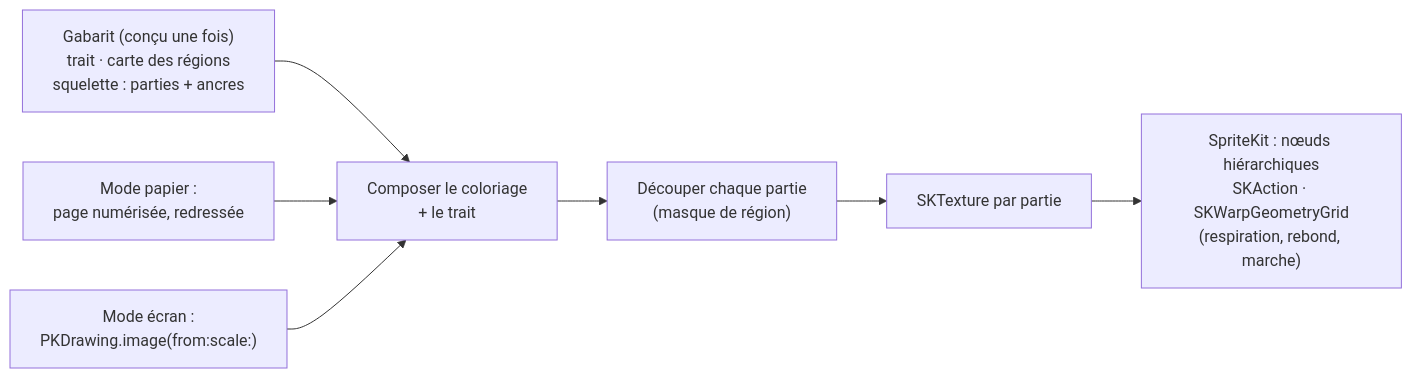
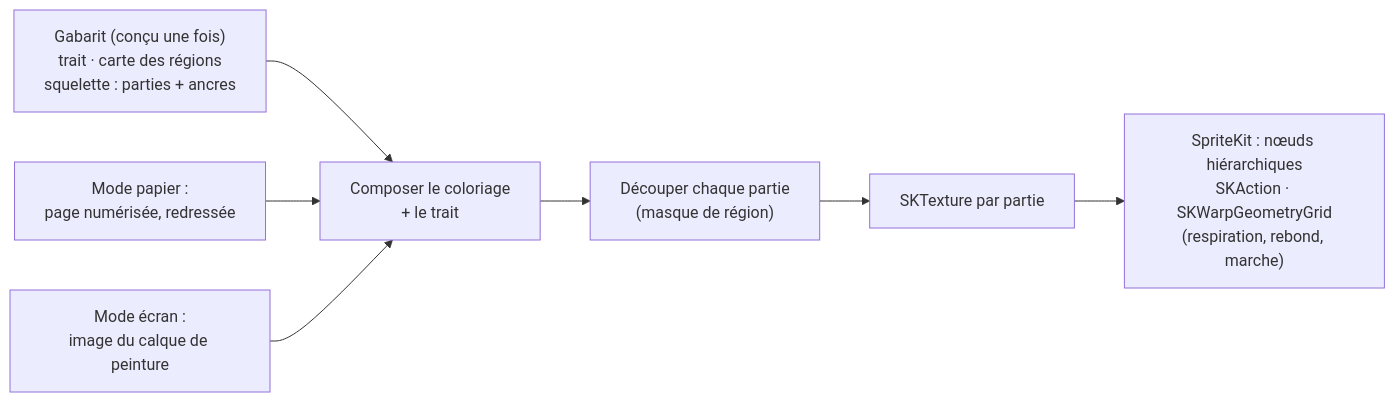
The fourth of 5 diagrams in docs/EVEIL.md (klodynlov/klodynlov), drawn with Mermaid before and after one commit. The commit also changed other lines of this file and 2 other files, not shown here.

````diff
--- a/docs/EVEIL.md
+++ b/docs/EVEIL.md
@@ -434,9 +454,9 @@
 ```mermaid
 flowchart LR
     G["Gabarit (conçu une fois)<br/>trait · carte des régions<br/>squelette : parties + ancres"] --> P
     S1["Mode papier :<br/>page numérisée, redressée"] --> P["Composer le coloriage<br/>+ le trait"]
-    S2["Mode écran :<br/>PKDrawing.image(from:scale:)"] --> P
+    S2["Mode écran :<br/>image du calque de peinture"] --> P
     P --> C["Découper chaque partie<br/>(masque de région)"]
     C --> T["SKTexture par partie"]
     T --> A["SpriteKit : nœuds hiérarchiques<br/>SKAction · SKWarpGeometryGrid<br/>(respiration, rebond, marche)"]
 ```
````
